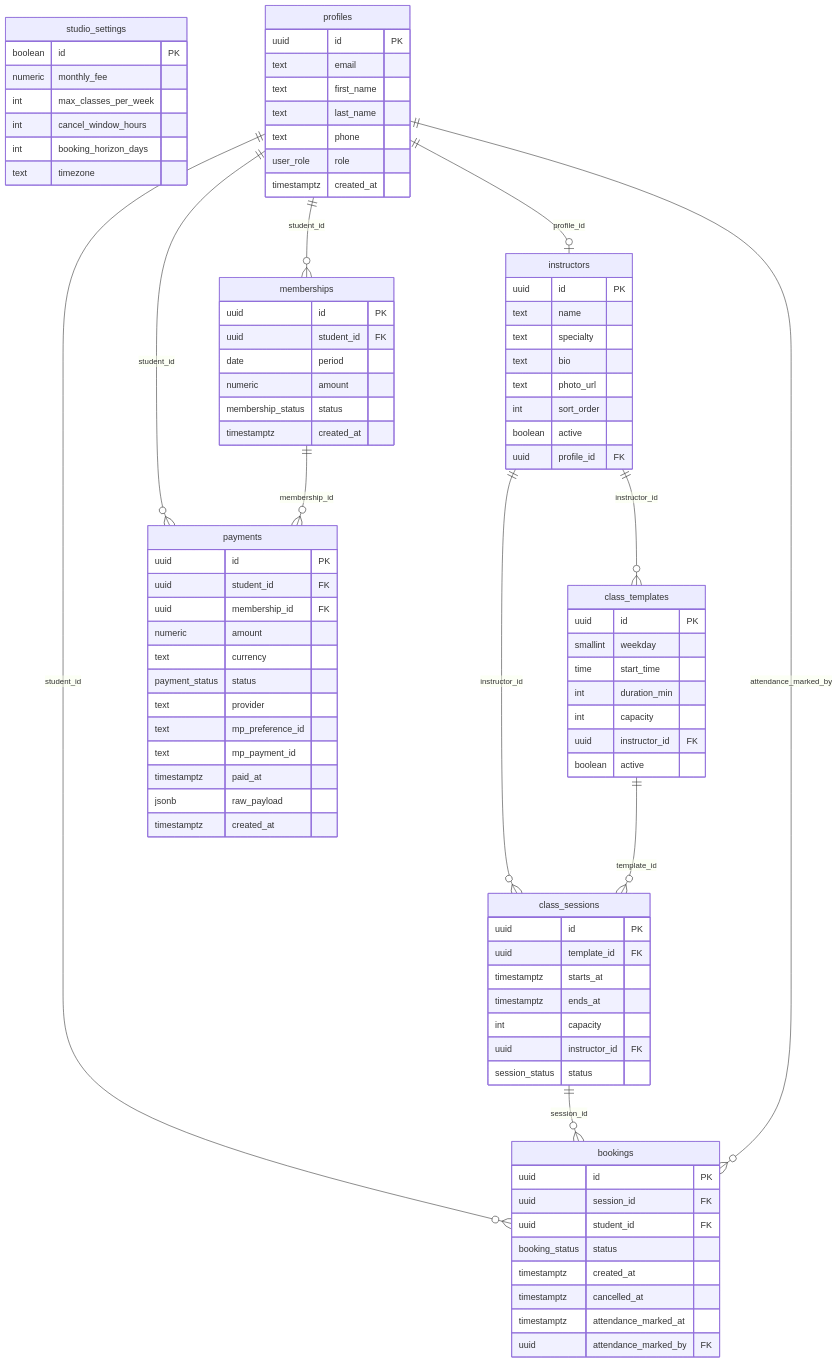
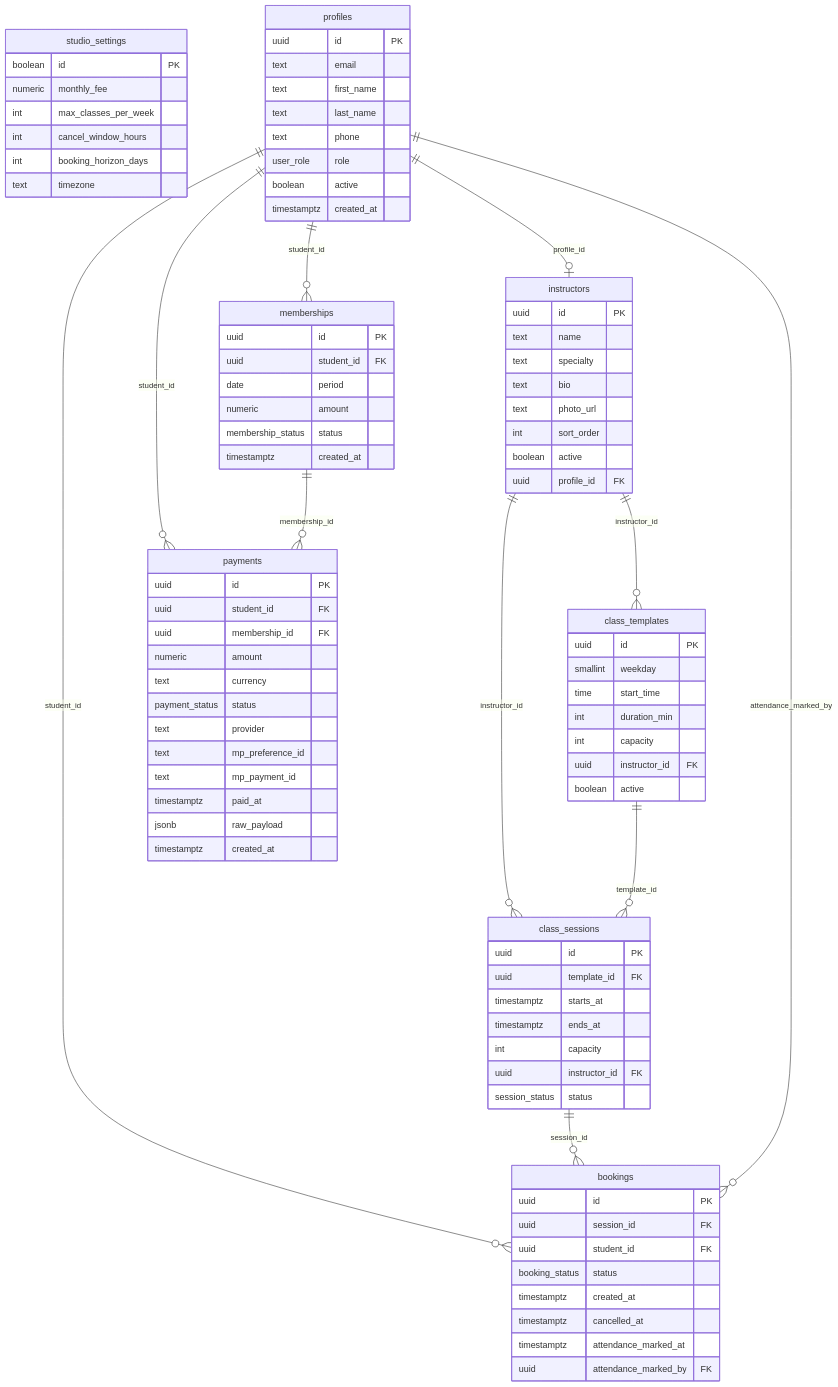
One commit to moiraclavin/Programacion-Web changed the diagram in README.md. Above: the diagram before and after it, drawn with Mermaid. The commit also changed other lines of this file, not shown here.

```diff
--- a/README.md
+++ b/README.md
@@ -108,6 +108,7 @@
         text last_name
         text phone
         user_role role
+        boolean active
         timestamptz created_at
     }
 
```
